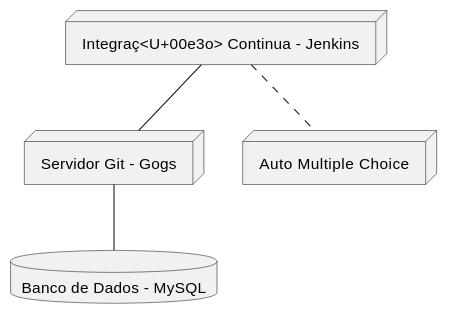
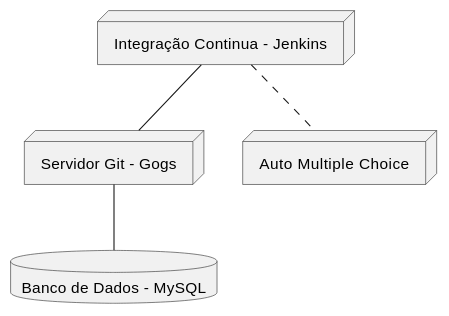
Before and after one commit to IFBAEunapolis/simulados: the diagram in INDEX.md, drawn with PlantUML.

Commit message:
Unicode funcionando

```diff
--- a/INDEX.md
+++ b/INDEX.md
@@ -3,12 +3,12 @@
 {% plantuml %}
 @startuml
-node "Integra<U+00e7><U+00e3o> Continua - Jenkins" as jenkins
+node "Integra<U+00e7><U+00e3>o Continua - Jenkins" as jenkins
 node "Servidor Git - Gogs" as gogs
 database "Banco de Dados  - MySQL" as mysql
 node "Auto Multiple Choice" as amc
 jenkins -- gogs
 gogs -- mysql
 jenkins .. amc
 
 @enduml
 {% endplantuml %}
```
